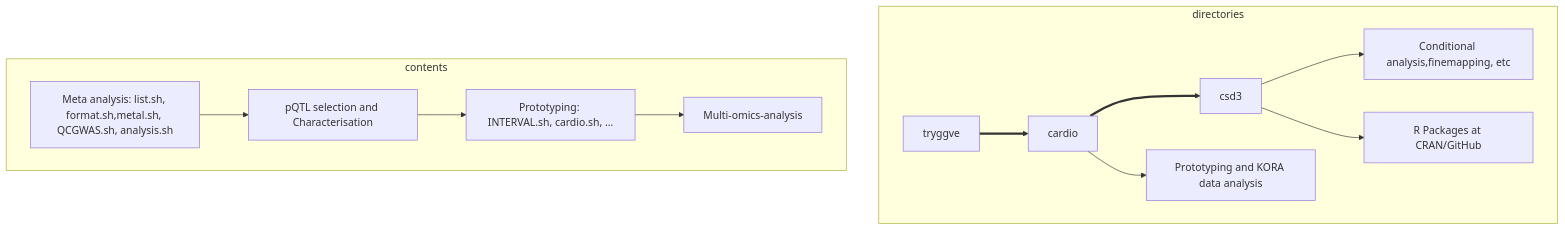
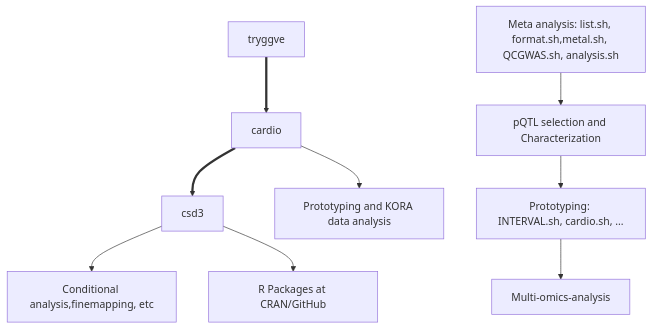
The first of 2 diagrams in docs/README.md (jinghuazhao/INF), drawn with Mermaid before and after one commit.

````diff
--- a/docs/README.md
+++ b/docs/README.md
@@ -7,15 +7,11 @@
 ```mermaid
 graph TB;
-subgraph directories
-tryggve ==> cardio;
-cardio ==> csd3;
-cardio --> cardioAnalysis[Prototyping and KORA data analysis];
-csd3 --> csd3Analysis[Conditional analysis,finemapping, etc];
-csd3 --> software[R Packages at CRAN/GitHub]; 
-end
-subgraph contents
-tryggveAnalysis[Meta analysis: list.sh, format.sh,metal.sh, QCGWAS.sh, analysis.sh] --> GWAS[pQTL selection and Characterisation];
-GWAS --> Prototyping[Prototyping: INTERVAL.sh, cardio.sh, ...];
-Prototyping --> Multi-omics-analysis;
-end
+  tryggve ==> cardio;
+  cardio ==> csd3;
+  cardio --> cardioAnalysis[Prototyping and KORA data analysis];
+  csd3 --> csd3Analysis[Conditional analysis,finemapping, etc];
+  csd3 --> software[R Packages at CRAN/GitHub]; 
+  tryggveAnalysis[Meta analysis: list.sh, format.sh,metal.sh, QCGWAS.sh, analysis.sh] --> GWAS[pQTL selection and Characterization];
+  GWAS --> Prototyping[Prototyping: INTERVAL.sh, cardio.sh, ...];
+  Prototyping --> Multi-omics-analysis;
 ```
````
